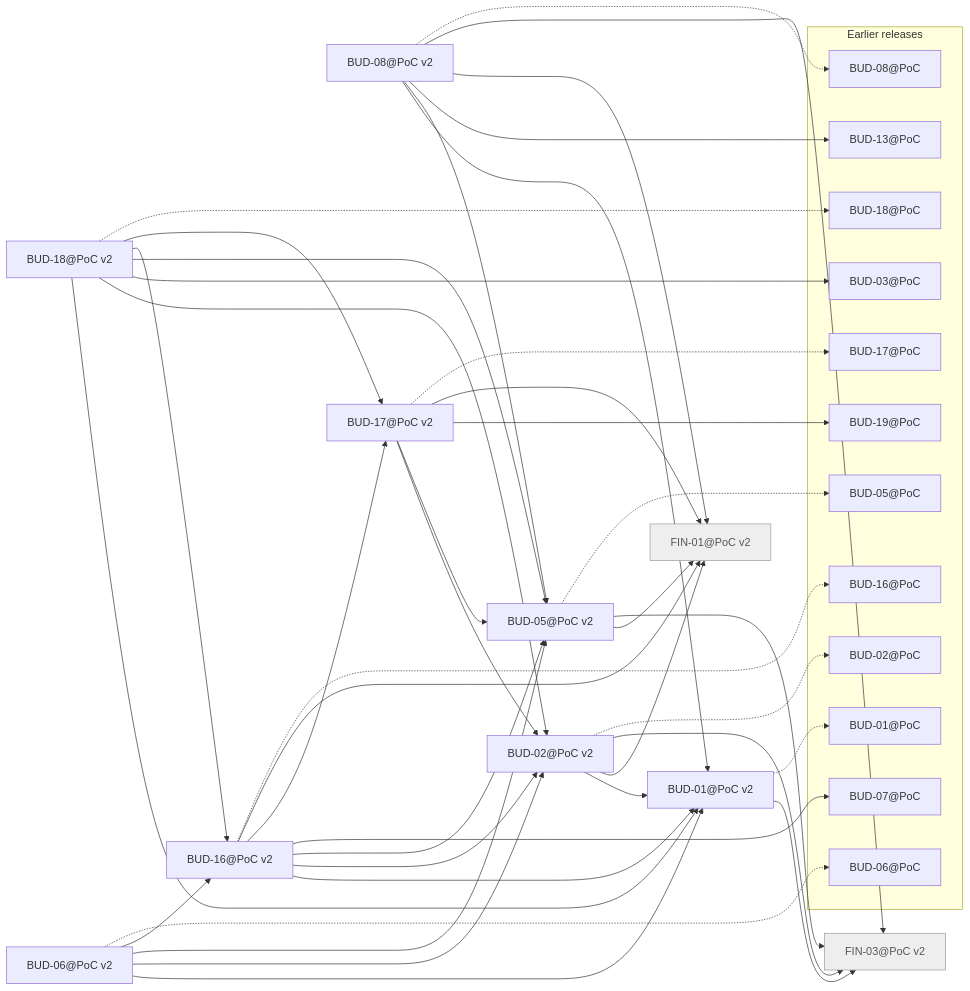
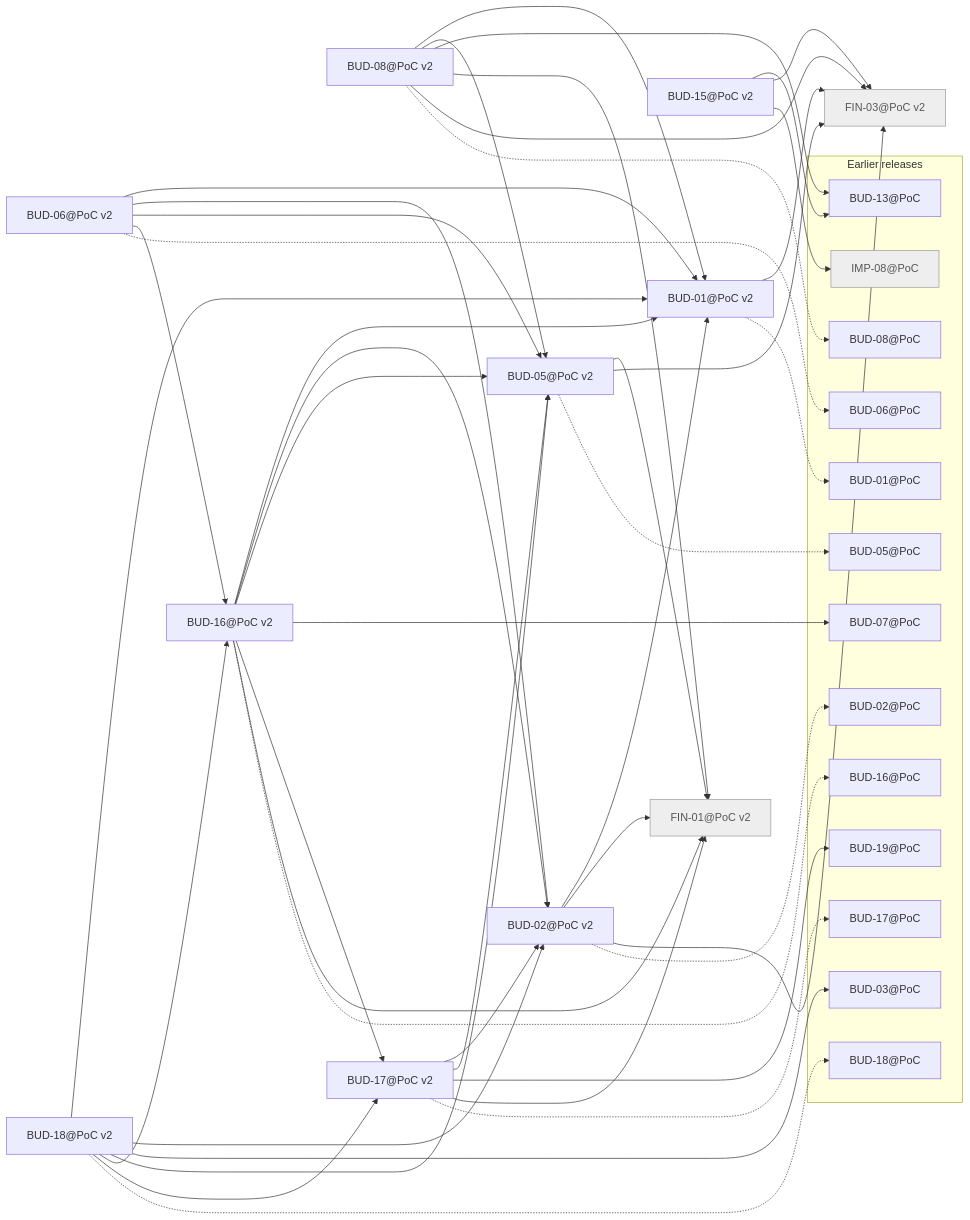
One commit to minakovval/Willowsum changed the diagram in docs/traceability/release-poc-v2.md. Above: the diagram before and after it, drawn with Mermaid. The commit also changed other lines of this file and 34 other files, not shown here.

````diff
--- a/docs/traceability/release-poc-v2.md
+++ b/docs/traceability/release-poc-v2.md
@@ -24,68 +25,73 @@
 ```mermaid
 flowchart LR
   BUD_01_PoC_v2["BUD-01@PoC v2"]
   BUD_02_PoC_v2["BUD-02@PoC v2"]
   BUD_05_PoC_v2["BUD-05@PoC v2"]
   BUD_06_PoC_v2["BUD-06@PoC v2"]
   BUD_08_PoC_v2["BUD-08@PoC v2"]
+  BUD_15_PoC_v2["BUD-15@PoC v2"]
   BUD_16_PoC_v2["BUD-16@PoC v2"]
   BUD_17_PoC_v2["BUD-17@PoC v2"]
   BUD_18_PoC_v2["BUD-18@PoC v2"]
   FIN_01_PoC_v2["FIN-01@PoC v2"]
   FIN_03_PoC_v2["FIN-03@PoC v2"]
   subgraph earlier["Earlier releases"]
     BUD_01_PoC["BUD-01@PoC"]
     BUD_02_PoC["BUD-02@PoC"]
     BUD_03_PoC["BUD-03@PoC"]
     BUD_05_PoC["BUD-05@PoC"]
     BUD_06_PoC["BUD-06@PoC"]
     BUD_07_PoC["BUD-07@PoC"]
     BUD_08_PoC["BUD-08@PoC"]
     BUD_13_PoC["BUD-13@PoC"]
     BUD_16_PoC["BUD-16@PoC"]
     BUD_17_PoC["BUD-17@PoC"]
     BUD_18_PoC["BUD-18@PoC"]
     BUD_19_PoC["BUD-19@PoC"]
+    IMP_08_PoC["IMP-08@PoC"]
   end
   BUD_01_PoC_v2 --> FIN_03_PoC_v2
   BUD_01_PoC_v2 -.-> BUD_01_PoC
   BUD_02_PoC_v2 --> BUD_01_PoC_v2
   BUD_02_PoC_v2 --> FIN_01_PoC_v2
   BUD_02_PoC_v2 --> FIN_03_PoC_v2
   BUD_02_PoC_v2 -.-> BUD_02_PoC
   BUD_05_PoC_v2 --> FIN_01_PoC_v2
   BUD_05_PoC_v2 --> FIN_03_PoC_v2
   BUD_05_PoC_v2 -.-> BUD_05_PoC
   BUD_06_PoC_v2 --> BUD_01_PoC_v2
   BUD_06_PoC_v2 --> BUD_02_PoC_v2
   BUD_06_PoC_v2 --> BUD_05_PoC_v2
   BUD_06_PoC_v2 --> BUD_16_PoC_v2
   BUD_06_PoC_v2 -.-> BUD_06_PoC
   BUD_08_PoC_v2 --> BUD_01_PoC_v2
   BUD_08_PoC_v2 --> BUD_05_PoC_v2
   BUD_08_PoC_v2 --> BUD_13_PoC
   BUD_08_PoC_v2 --> FIN_01_PoC_v2
   BUD_08_PoC_v2 --> FIN_03_PoC_v2
   BUD_08_PoC_v2 -.-> BUD_08_PoC
+  BUD_15_PoC_v2 --> BUD_13_PoC
+  BUD_15_PoC_v2 --> FIN_03_PoC_v2
+  BUD_15_PoC_v2 --> IMP_08_PoC
   BUD_16_PoC_v2 --> BUD_01_PoC_v2
   BUD_16_PoC_v2 --> BUD_02_PoC_v2
   BUD_16_PoC_v2 --> BUD_05_PoC_v2
   BUD_16_PoC_v2 --> BUD_07_PoC
   BUD_16_PoC_v2 --> BUD_17_PoC_v2
   BUD_16_PoC_v2 --> FIN_01_PoC_v2
   BUD_16_PoC_v2 -.-> BUD_16_PoC
   BUD_17_PoC_v2 --> BUD_02_PoC_v2
   BUD_17_PoC_v2 --> BUD_05_PoC_v2
   BUD_17_PoC_v2 --> BUD_19_PoC
   BUD_17_PoC_v2 --> FIN_01_PoC_v2
   BUD_17_PoC_v2 -.-> BUD_17_PoC
   BUD_18_PoC_v2 --> BUD_01_PoC_v2
   BUD_18_PoC_v2 --> BUD_02_PoC_v2
   BUD_18_PoC_v2 --> BUD_03_PoC
   BUD_18_PoC_v2 --> BUD_05_PoC_v2
   BUD_18_PoC_v2 --> BUD_16_PoC_v2
   BUD_18_PoC_v2 --> BUD_17_PoC_v2
   BUD_18_PoC_v2 -.-> BUD_18_PoC
   classDef notMigrated fill:#eee,stroke:#999,color:#555
-  class FIN_01_PoC_v2,FIN_03_PoC_v2 notMigrated
+  class FIN_01_PoC_v2,FIN_03_PoC_v2,IMP_08_PoC notMigrated
 ```
````
